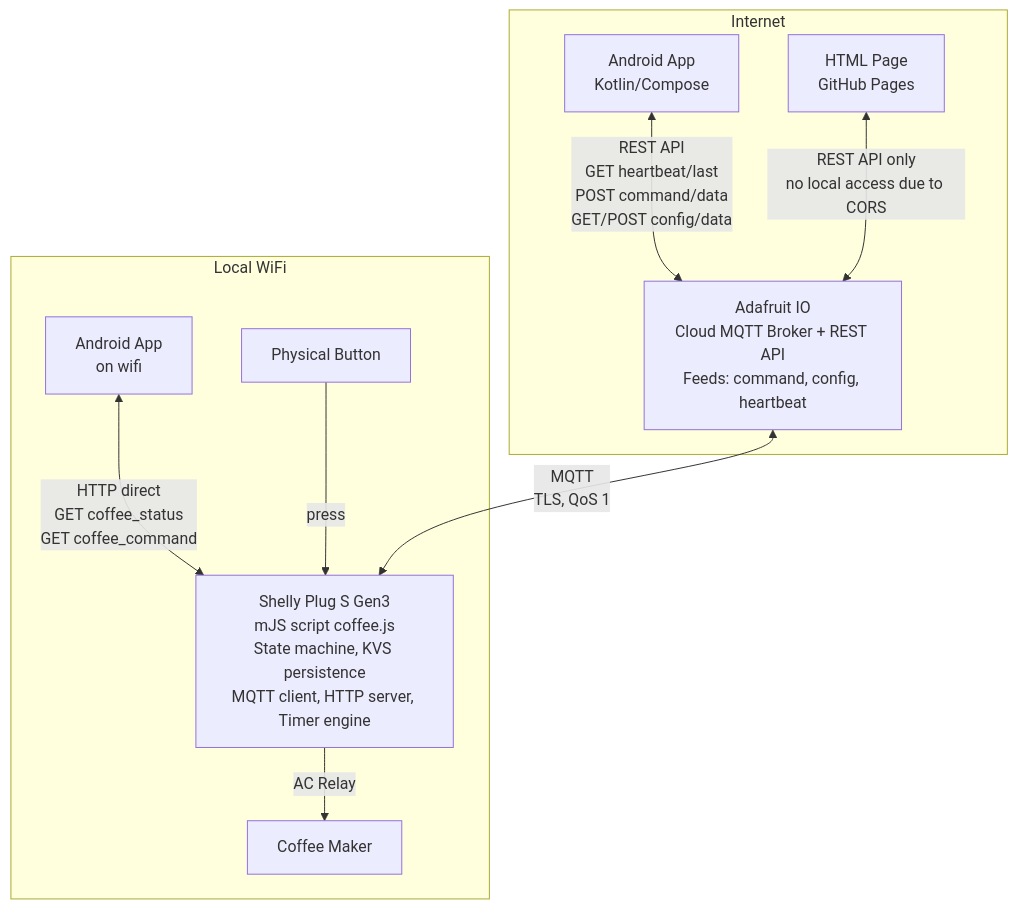
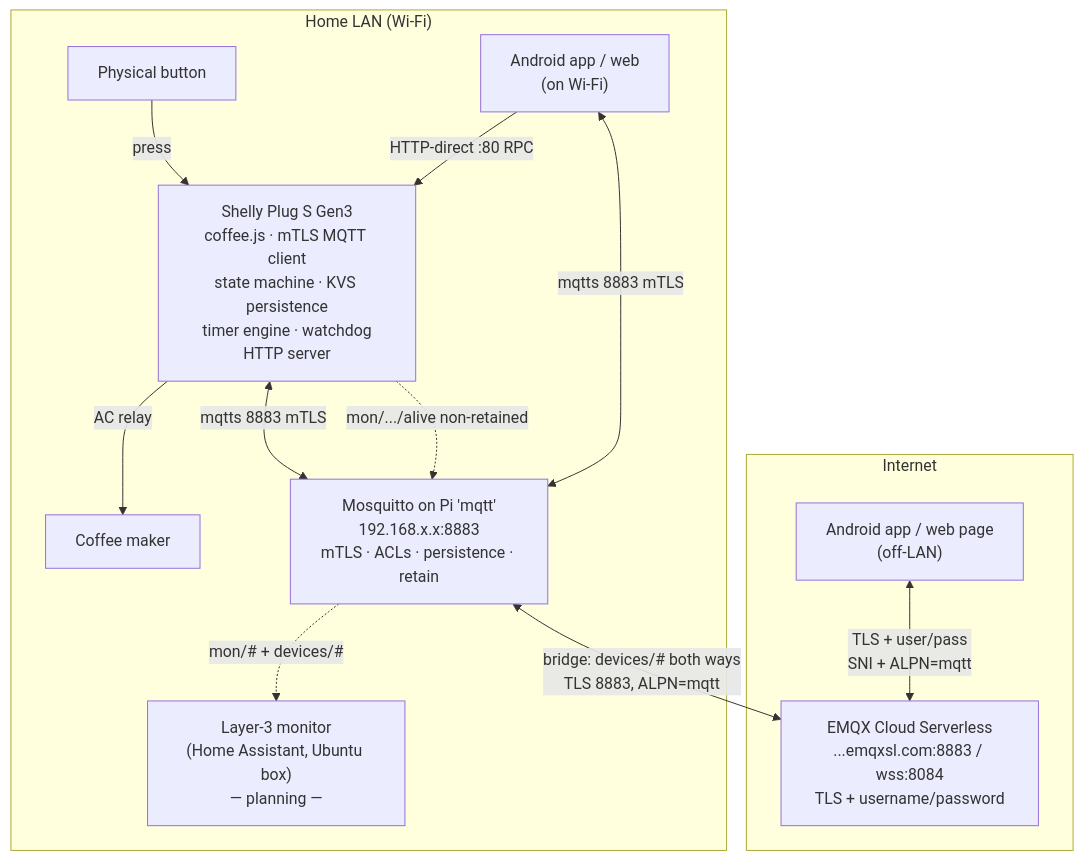
One commit to Laffs2k5/shelly-coffee-timer changed the first of 9 diagrams in docs/ARCHITECTURE.md. Above: the diagram before and after it, drawn with Mermaid. The commit also changed other lines of this file and 36 other files, not shown here.

First line of the commit message:
feat: v2 — local MQTT broker + cloud bridge + connectivity watchdog

````diff
--- a/docs/ARCHITECTURE.md
+++ b/docs/ARCHITECTURE.md
@@ -9,24 +22,27 @@
 ```mermaid
 graph TD
-    subgraph Internet
-        App[Android App<br/>Kotlin/Compose]
-        HTML[HTML Page<br/>GitHub Pages]
-        AIO[Adafruit IO<br/>Cloud MQTT Broker + REST API<br/>Feeds: command, config, heartbeat]
+    subgraph LAN["Home LAN (Wi-Fi)"]
+        Button["Physical button"]
+        Shelly["Shelly Plug S Gen3<br/>coffee.js · mTLS MQTT client<br/>state machine · KVS persistence<br/>timer engine · watchdog<br/>HTTP server"]
+        Coffee["Coffee maker"]
+        Mosq["Mosquitto on Pi 'mqtt'<br/>192.168.x.x:8883<br/>mTLS · ACLs · persistence · retain"]
+        PhoneLan["Android app / web<br/>(on Wi-Fi)"]
+        Monitor["Layer-3 monitor<br/>(Home Assistant, Ubuntu box)<br/>— planning —"]
 
-        App <-->|REST API<br/>GET heartbeat/last<br/>POST command/data<br/>GET/POST config/data| AIO
-        HTML <-->|REST API only<br/>no local access due to CORS| AIO
+        Button -->|press| Shelly
+        Shelly -->|AC relay| Coffee
+        Shelly <-->|mqtts 8883 mTLS| Mosq
+        Shelly -.->|mon/.../alive non-retained| Mosq
+        PhoneLan -->|HTTP-direct :80 RPC| Shelly
+        PhoneLan <-->|mqtts 8883 mTLS| Mosq
+        Mosq -.->|mon/# + devices/#| Monitor
     end
 
-    subgraph Local WiFi
-        AppLocal[Android App<br/>on wifi]
-        Button[Physical Button]
-        Shelly[Shelly Plug S Gen3<br/>mJS script coffee.js<br/>State machine, KVS persistence<br/>MQTT client, HTTP server, Timer engine]
-        Coffee[Coffee Maker]
-
-        AppLocal <-->|HTTP direct<br/>GET coffee_status<br/>GET coffee_command| Shelly
-        Button -->|press| Shelly
-        Shelly -->|AC Relay| Coffee
+    subgraph Cloud["Internet"]
+        EMQX["EMQX Cloud Serverless<br/>...emqxsl.com:8883 / wss:8084<br/>TLS + username/password"]
+        PhoneOff["Android app / web page<br/>(off-LAN)"]
     end
 
-    AIO <-->|MQTT<br/>TLS, QoS 1| Shelly
+    Mosq <-->|bridge: devices/# both ways<br/>TLS 8883, ALPN=mqtt| EMQX
+    PhoneOff <-->|TLS + user/pass<br/>SNI + ALPN=mqtt| EMQX
 ```
````
